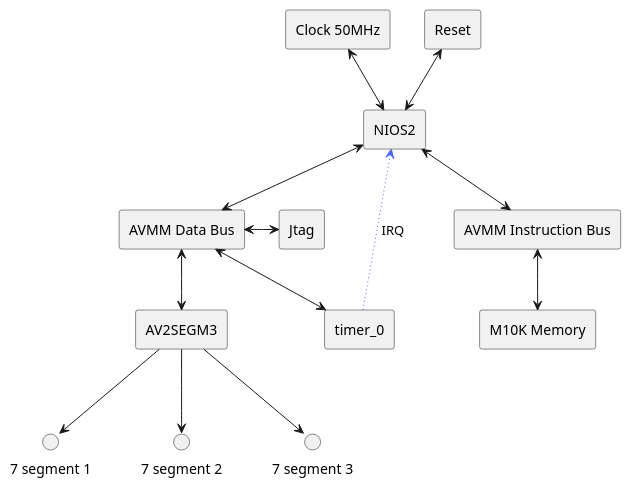
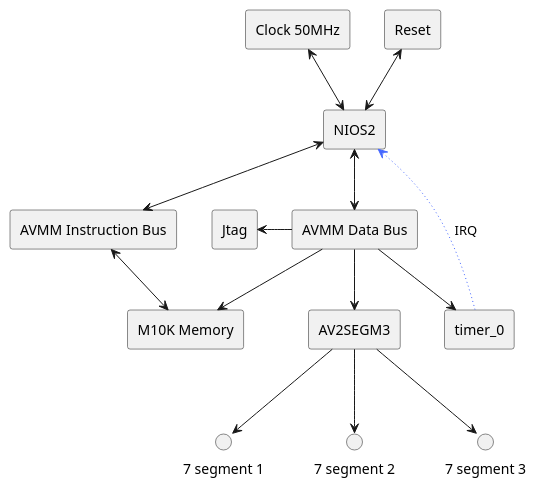
Before and after one commit to ESN2025/GEOFFRE_Project: the second of 2 diagrams in readme.md, drawn with PlantUML. The commit also changed other lines of this file, not shown here.

````diff
--- a/readme.md
+++ b/readme.md
@@ -57,28 +63,29 @@
 ```plantuml
 @startuml
 
 rectangle NIOS2
 rectangle Reset
 rectangle Jtag
 rectangle "Clock 50MHz"
 rectangle "M10K Memory"
 rectangle "AVMM Data Bus"
 rectangle "AVMM Instruction Bus"
 rectangle "AV2SEGM3"
 rectangle timer_0
 
 NIOS2 <-u-> Reset 
 NIOS2 <-u-> "Clock 50MHz"
 NIOS2 <-d-> "AVMM Instruction Bus"
 NIOS2 <-d-> "AVMM Data Bus"
 "AVMM Instruction Bus" <-d-> "M10K Memory"
-"AVMM Data Bus" <-l-> Jtag
-"AVMM Data Bus" <-d-> "AV2SEGM3"
-"AVMM Data Bus" <-d-> timer_0
+"AVMM Data Bus" -l-> Jtag
+"AVMM Data Bus" -d-> "AV2SEGM3"
+"AVMM Data Bus" -d-> timer_0
+"AVMM Data Bus" -r-> "M10K Memory"
 timer_0 -u[#4567ff,dotted]-> NIOS2 : IRQ
 "AV2SEGM3" -d-> "7 segment 1"
 "AV2SEGM3" -d-> "7 segment 2"
 "AV2SEGM3" -d-> "7 segment 3"
 
 @enduml
 ```
````
